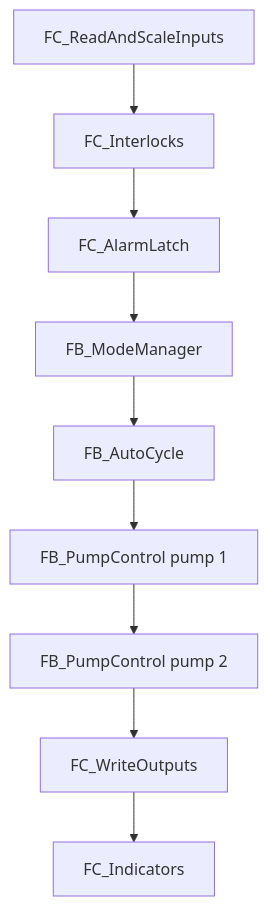
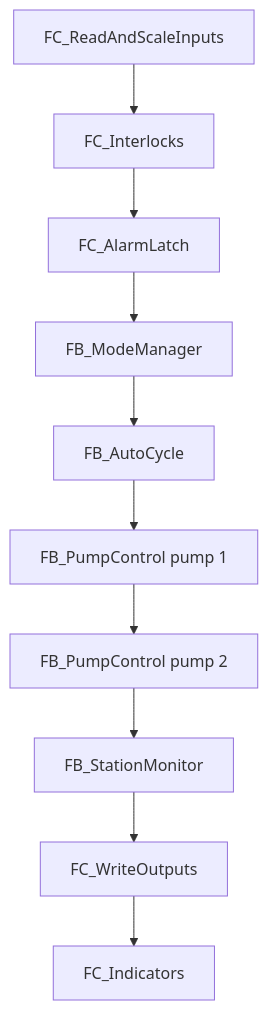
One commit to HoraEmbedded/smart-pumping-station changed the diagram in 03_plc/notes_tia_portal.md. Above: the diagram before and after it, drawn with Mermaid. The commit also changed other lines of this file and 2 other files, not shown here.

Commit message:
feat(plc): wire diagnostics into OB1 and update Ladder blocks

````diff
--- a/03_plc/notes_tia_portal.md
+++ b/03_plc/notes_tia_portal.md
@@ -42,11 +42,12 @@
 ```mermaid
 flowchart TD
     A[FC_ReadAndScaleInputs] --> B[FC_Interlocks]
     B --> C[FC_AlarmLatch]
     C --> D[FB_ModeManager]
     D --> E[FB_AutoCycle]
     E --> F1[FB_PumpControl pump 1]
     F1 --> F2[FB_PumpControl pump 2]
-    F2 --> G[FC_WriteOutputs]
+    F2 --> M[FB_StationMonitor]
+    M --> G[FC_WriteOutputs]
     G --> H[FC_Indicators]
 ```
````
